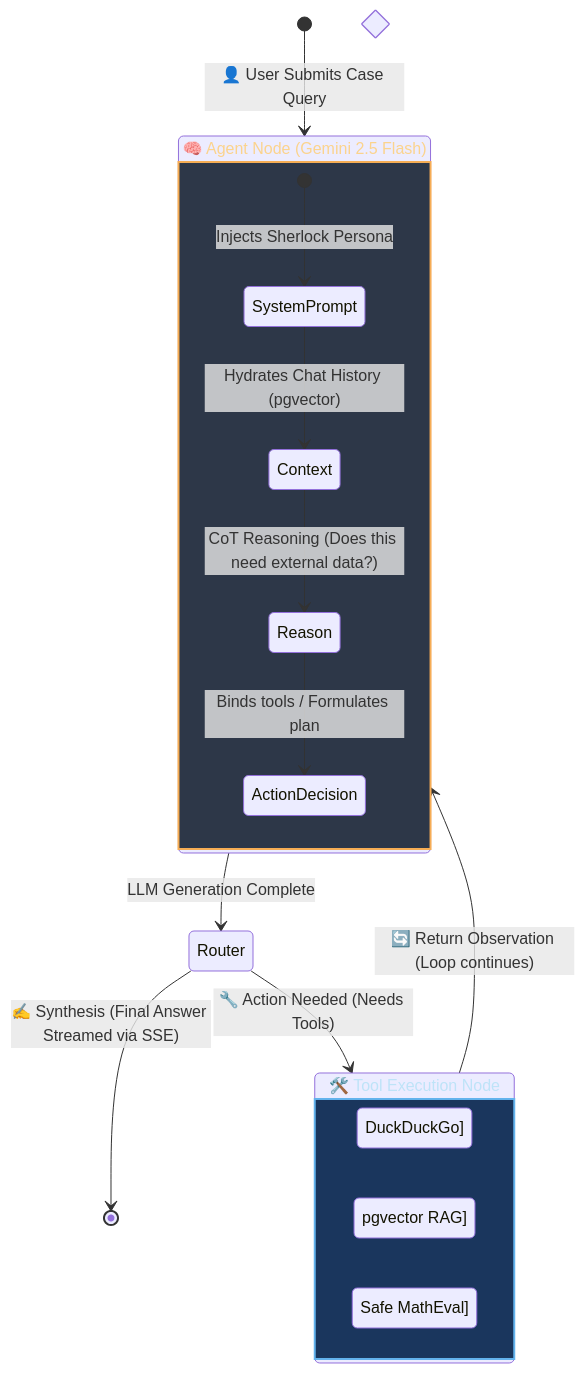
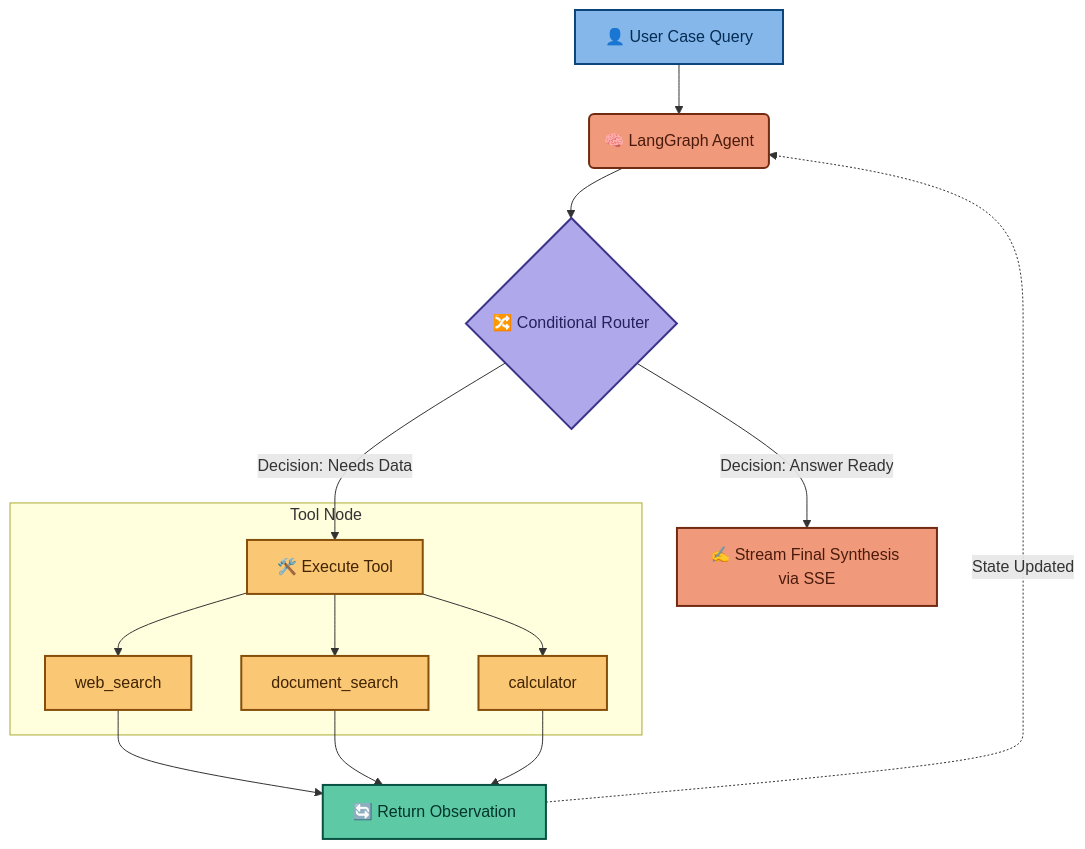
Before and after one commit to RAJ-ARYAN-NITK/bakerStreet221B.ai: the first of 2 diagrams in README.md, drawn with Mermaid.

Commit message:
simplify and update LangGraph Mermaid architecture diagram in README

````diff
--- a/README.md
+++ b/README.md
@@ -34,37 +34,35 @@
 ```mermaid
-stateDiagram-v2
-    direction TB
+graph TD
+    A[👤 User Case Query] --> B(🧠 LangGraph Agent)
     
-    [*] --> AgentNode : 👤 User Submits Case Query
+    B --> C{🔀 Conditional Router}
     
-    state "🧠 Agent Node (Gemini 2.5 Flash)" as AgentNode {
-        direction TB
-        [*] --> SystemPrompt : Injects Sherlock Persona
-        SystemPrompt --> Context : Hydrates Chat History (pgvector)
-        Context --> Reason : CoT Reasoning (Does this need external data?)
-        Reason --> ActionDecision : Binds tools / Formulates plan
-    }
+    C -->|Decision: Needs Data| D[🛠️ Execute Tool]
     
-    state "🔀 Conditional Router" as Router <<choice>>
+    subgraph Tool Node
+        D --> E[web_search]
+        D --> F[document_search]
+        D --> G[calculator]
+    end
     
-    AgentNode --> Router : LLM Generation Complete
+    E --> H[🔄 Return Observation]
+    F --> H
+    G --> H
     
-    Router --> ToolsNode : 🔧 Action Needed (Needs Tools)
-    Router --> [*] : ✍️ Synthesis (Final Answer Streamed via SSE)
+    H -.->|State Updated| B
     
-    state "🛠️ Tool Execution Node" as ToolsNode {
-        direction LR
-        WebSearch[web_search: DuckDuckGo]
-        DocSearch[document_search: pgvector RAG]
-        Calc[calculator: Safe MathEval]
-    }
-    
-    ToolsNode --> AgentNode : 🔄 Return Observation (Loop continues)
-    
-    %% Styling
-    classDef agentStyle fill:#2d3748,stroke:#f6ad55,stroke-width:2px,color:#fbd38d
-    classDef toolStyle fill:#1a365d,stroke:#63b3ed,stroke-width:2px,color:#bee3f8
-    
-    class AgentNode agentStyle
-    class ToolsNode toolStyle
+    C -->|Decision: Answer Ready| I[✍️ Stream Final Synthesis via SSE]
+
+    classDef userStyle fill:#85B7EB,stroke:#0C447C,color:#042C53,stroke-width:2px
+    classDef agentStyle fill:#F0997B,stroke:#712B13,color:#4A1B0C,stroke-width:2px
+    classDef routerStyle fill:#AFA9EC,stroke:#3C3489,color:#26215C,stroke-width:2px
+    classDef toolStyle fill:#FAC775,stroke:#854F0B,color:#412402,stroke-width:2px
+    classDef obsStyle fill:#5DCAA5,stroke:#085041,color:#04342C,stroke-width:2px
+
+    class A userStyle
+    class B agentStyle
+    class C routerStyle
+    class D,E,F,G toolStyle
+    class H obsStyle
+    class I agentStyle
 ```
````
